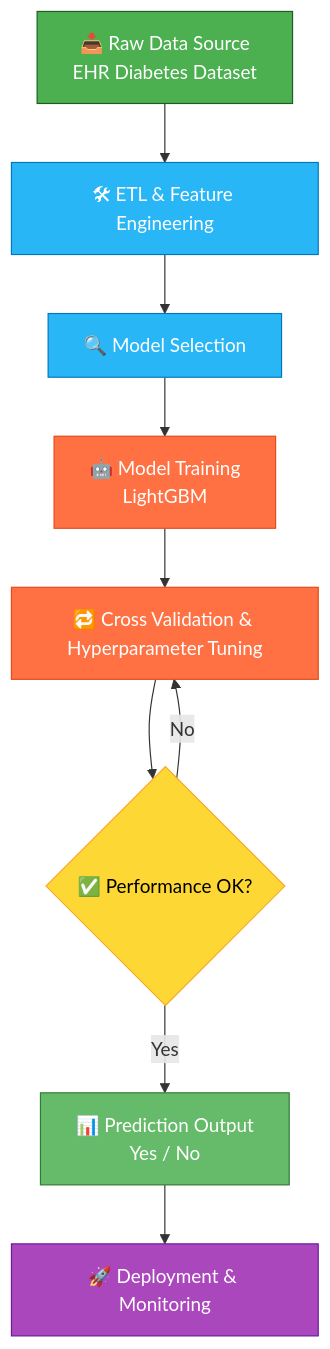
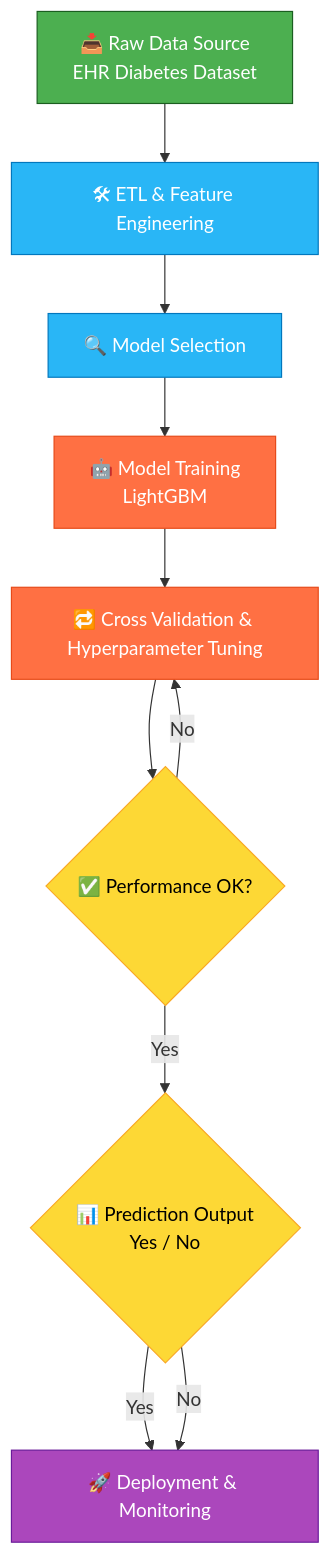
Before and after one commit to Yohansgit/Yohansgit: the diagram in hos.md, drawn with Mermaid.

Commit message:
Update flowchart to include decision node for predictions

````diff
--- a/hos.md
+++ b/hos.md
@@ -1,27 +1,29 @@
 ```mermaid   
 flowchart TD
-    %% ===== High-Level E2E Data Flow with Tuning & Monitoring =====
+    %% ===== High-Level E2E Data Flow with Decision Node for Predictions =====
 
     %% --- Nodes ---
     A[📥 Raw Data Source<br>EHR Diabetes Dataset]:::source
     B[🛠 ETL & Feature Engineering]:::process
     C[🔍 Model Selection]:::process
     D[🤖 Model Training<br>LightGBM]:::model
     E[🔁 Cross Validation & Hyperparameter Tuning]:::model
     F{✅ Performance OK?}:::decision
-    G[📊 Prediction Output<br>Yes / No]:::output
+    G{📊 Prediction Output<br>Yes / No}:::decision
     H[🚀 Deployment & Monitoring]:::monitor
 
     %% --- Flow Arrows ---
     A --> B --> C --> D --> E --> F
     F -- "No" --> E
-    F -- "Yes" --> G --> H
+    F -- "Yes" --> G
+    G -- "Yes" --> H
+    G -- "No" --> H
 
     %% --- Node Styles ---
     classDef source fill:#4CAF50,stroke:#1B5E20,color:#fff;
     classDef process fill:#29B6F6,stroke:#0277BD,color:#fff;
     classDef model fill:#FF7043,stroke:#E64A19,color:#fff;
     classDef decision fill:#FDD835,stroke:#F9A825,color:#000;
-    classDef output fill:#66BB6A,stroke:#2E7D32,color:#fff;
     classDef monitor fill:#AB47BC,stroke:#6A1B9A,color:#fff;
+
 ```
````
